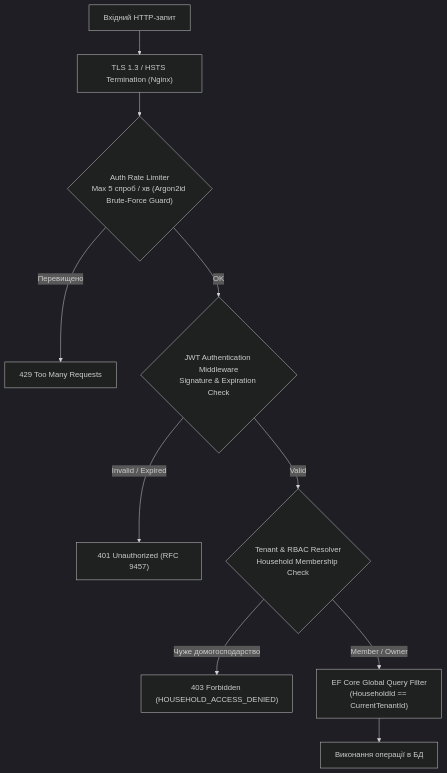
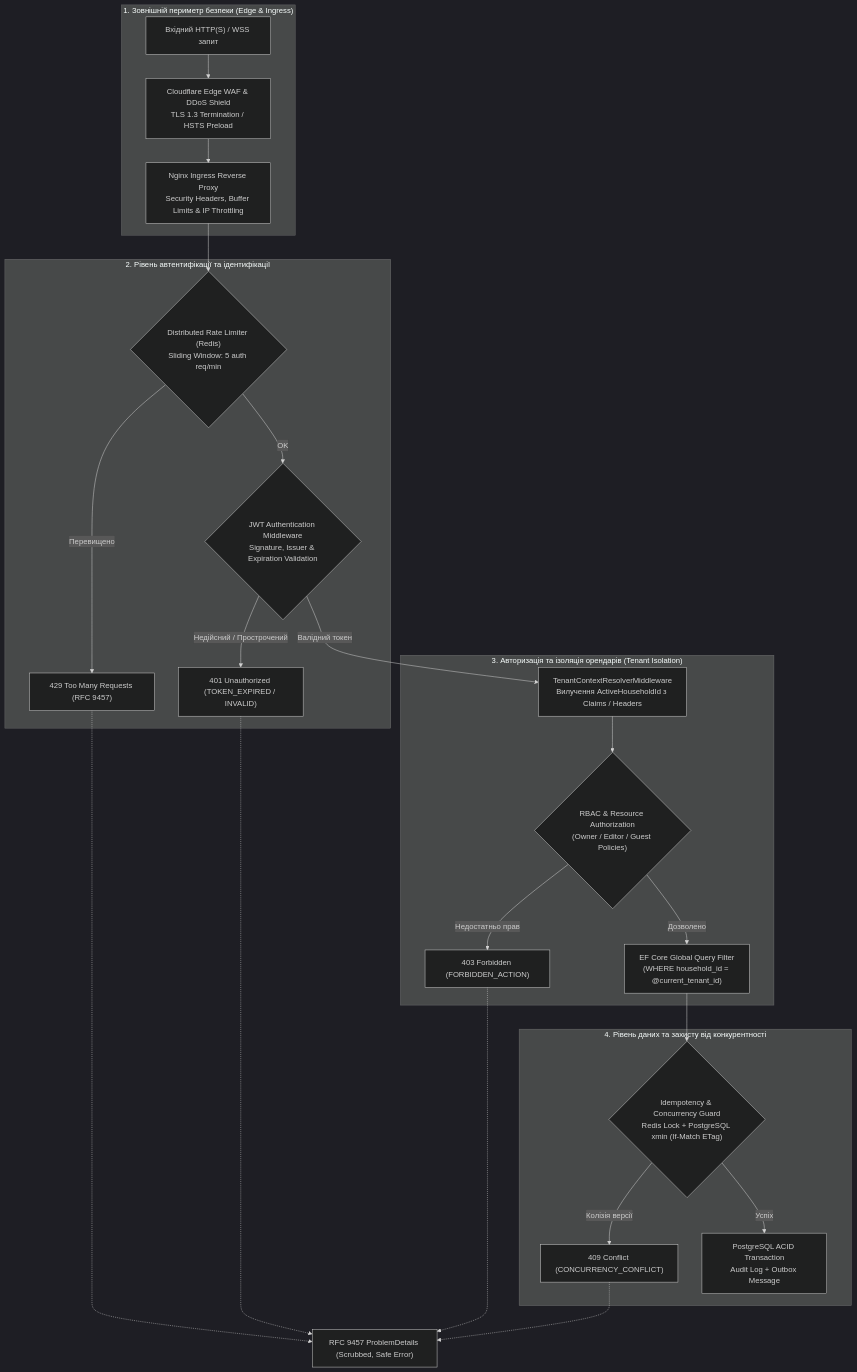
The first of 4 diagrams in docs/Ediens_SRS/09-security-model.md (MaxHotiuk/ediens), drawn with Mermaid (dark theme) before and after one commit. The commit also changed other lines of this file and 3 other files, not shown here.

Commit message:
docs(DOC-02): complete security threat model (STRIDE + 12 mitigations) and cloud deployment architecture

````diff
--- a/docs/Ediens_SRS/09-security-model.md
+++ b/docs/Ediens_SRS/09-security-model.md
@@ -13,12 +17,32 @@
 ```mermaid
 flowchart TD
-    Request["Вхідний HTTP-запит"] --> TLS["TLS 1.3 / HSTS Termination (Nginx)"]
-    TLS --> RateLimit{"Auth Rate Limiter<br/>Max 5 спроб / хв (Argon2id Brute-Force Guard)"}
-    RateLimit -->|Перевищено| 429["429 Too Many Requests"]
-    RateLimit -->|OK| JwtAuth{"JWT Authentication Middleware<br/>Signature & Expiration Check"}
-    JwtAuth -->|Invalid / Expired| 401["401 Unauthorized (RFC 9457)"]
-    JwtAuth -->|Valid| TenantScope{"Tenant & RBAC Resolver<br/>Household Membership Check"}
-    TenantScope -->|Чуже домогосподарство| 403["403 Forbidden (HOUSEHOLD_ACCESS_DENIED)"]
-    TenantScope -->|Member / Owner| GlobalFilter["EF Core Global Query Filter<br/>(HouseholdId == CurrentTenantId)"]
-    GlobalFilter --> BusinessLogic["Виконання операції в БД"]
+    subgraph Perimeter ["1. Зовнішній периметр безпеки (Edge & Ingress)"]
+        ClientReq["Вхідний HTTP(S) / WSS запит"] --> CloudflareWAF["Cloudflare Edge WAF & DDoS Shield<br/>TLS 1.3 Termination / HSTS Preload"]
+        CloudflareWAF --> NginxGateway["Nginx Ingress Reverse Proxy<br/>Security Headers, Buffer Limits & IP Throttling"]
+    end
+
+    subgraph AuthLayer ["2. Рівень автентифікації та ідентифікації"]
+        NginxGateway --> RateLimiter{"Distributed Rate Limiter (Redis)<br/>Sliding Window: 5 auth req/min"}
+        RateLimiter -->|Перевищено| 429Err["429 Too Many Requests (RFC 9457)"]
+        RateLimiter -->|OK| JwtMiddleware{"JWT Authentication Middleware<br/>Signature, Issuer & Expiration Validation"}
+        JwtMiddleware -->|Недійсний / Прострочений| 401Err["401 Unauthorized (TOKEN_EXPIRED / INVALID)"]
+    end
+
+    subgraph AuthzTenant ["3. Авторизація та ізоляція орендарів (Tenant Isolation)"]
+        JwtMiddleware -->|Валідний токен| TenantResolver["TenantContextResolverMiddleware<br/>Вилучення ActiveHouseholdId з Claims / Headers"]
+        TenantResolver --> RbacPolicy{"RBAC & Resource Authorization<br/>(Owner / Editor / Guest Policies)"}
+        RbacPolicy -->|Недостатньо прав| 403Err["403 Forbidden (FORBIDDEN_ACTION)"]
+        RbacPolicy -->|Дозволено| EfCoreFilter["EF Core Global Query Filter<br/>(WHERE household_id = @current_tenant_id)"]
+    end
+
+    subgraph DataIntegrity ["4. Рівень даних та захисту від конкурентності"]
+        EfCoreFilter --> IdempotencyGuard{"Idempotency & Concurrency Guard<br/>Redis Lock + PostgreSQL xmin (If-Match ETag)"}
+        IdempotencyGuard -->|Колізія версії| 409Conflict["409 Conflict (CONCURRENCY_CONFLICT)"]
+        IdempotencyGuard -->|Успіх| ACIDTx["PostgreSQL ACID Transaction<br/>Audit Log + Outbox Message"]
+    end
+
+    429Err -.-> ScrubbedResp["RFC 9457 ProblemDetails (Scrubbed, Safe Error)"]
+    401Err -.-> ScrubbedResp
+    403Err -.-> ScrubbedResp
+    409Conflict -.-> ScrubbedResp
 ```
````
